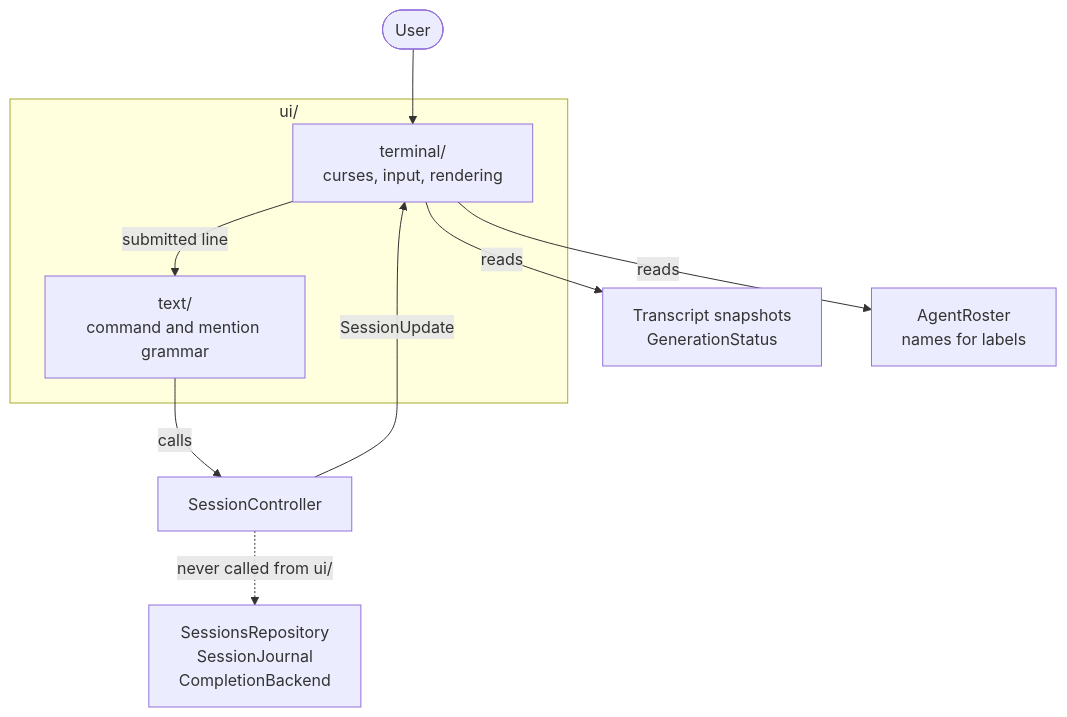
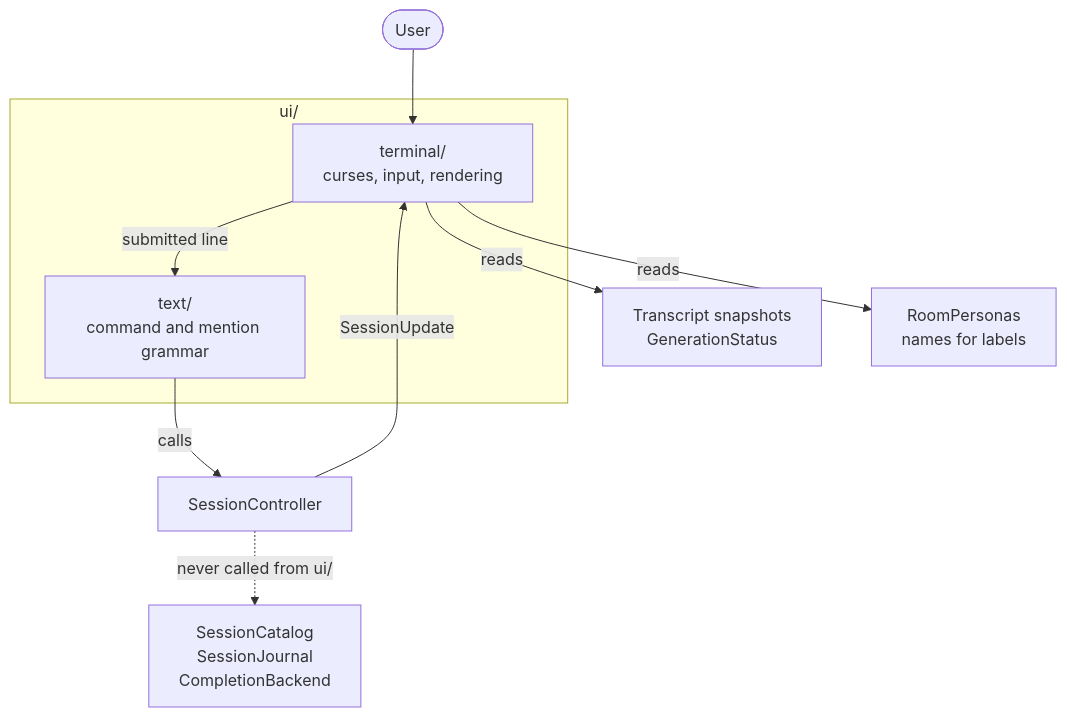
The diagram in src/ui/README.md (michaelpopov/cha), drawn with Mermaid before and after one commit. The commit also changed other lines of this file and 39 other files, not shown here.

````diff
--- a/src/ui/README.md
+++ b/src/ui/README.md
@@ -24,16 +24,16 @@
 ```mermaid
 flowchart TD
     subgraph ui["ui/"]
         term["terminal/<br/>curses, input, rendering"]
         txt["text/<br/>command and mention grammar"]
     end
 
     user(["User"]) --> term
     term -->|"submitted line"| txt
     txt -->|"calls"| controller["SessionController"]
     controller -->|"SessionUpdate"| term
     term -->|"reads"| convo["Transcript snapshots<br/>GenerationStatus"]
-    term -->|"reads"| roster["AgentRoster<br/>names for labels"]
+    term -->|"reads"| personas["RoomPersonas<br/>names for labels"]
 
-    controller -.->|"never called from ui/"| store["SessionsRepository<br/>SessionJournal<br/>CompletionBackend"]
+    controller -.->|"never called from ui/"| store["SessionCatalog<br/>SessionJournal<br/>CompletionBackend"]
 ```
````
